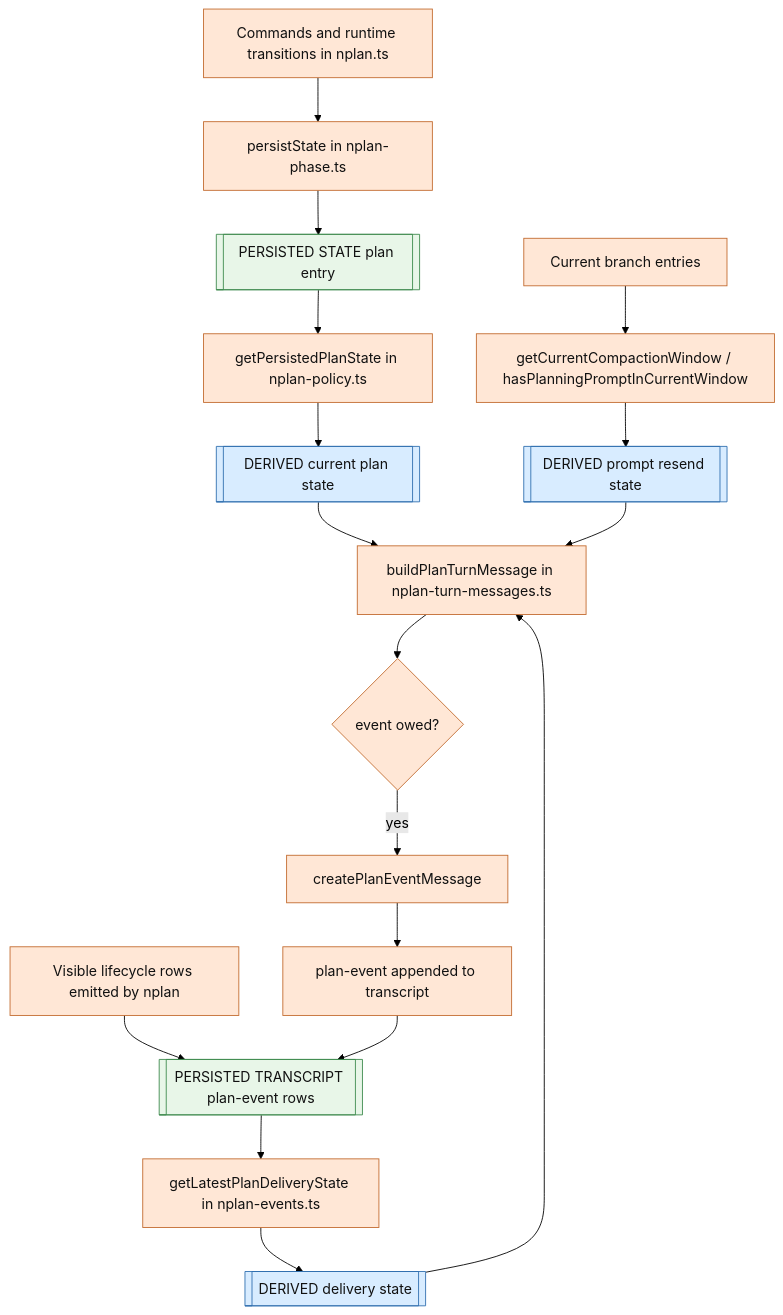
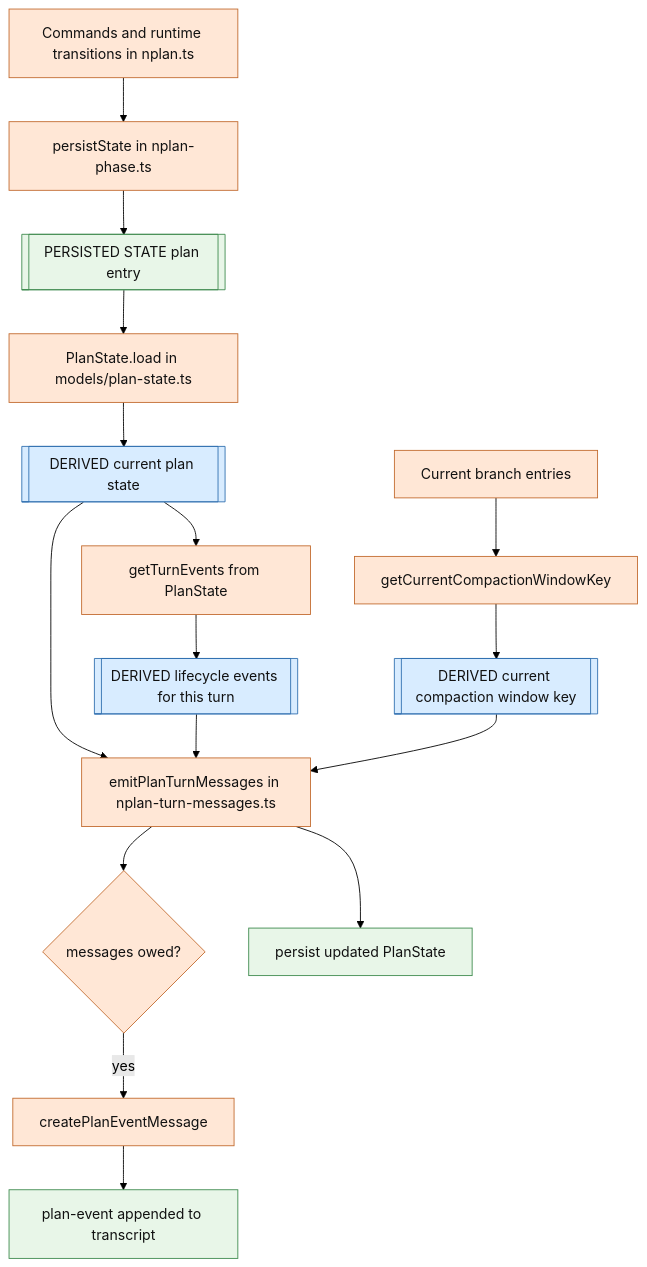
One commit to pyronaur/nplan changed the first of 3 diagrams in docs/mermaid-plan-state-information-architecture.md. Above: the diagram before and after it, drawn with Mermaid (forest theme). The commit also changed other lines of this file and 2 other files, not shown here.

First line of the commit message:
Align docs with canonical plan-state model ownership

````diff
--- a/docs/mermaid-plan-state-information-architecture.md
+++ b/docs/mermaid-plan-state-information-architecture.md
@@ -148,30 +149,29 @@
 ```mermaid
 flowchart TD
     A[Commands and runtime transitions in nplan.ts] --> B[persistState in nplan-phase.ts]
     B --> C[[PERSISTED STATE plan entry]]
-    C --> D[getPersistedPlanState in nplan-policy.ts]
+    C --> D[PlanState.load in models/plan-state.ts]
     D --> E[[DERIVED current plan state]]
 
-    F[Visible lifecycle rows emitted by nplan] --> G[[PERSISTED TRANSCRIPT plan-event rows]]
-    G --> H[getLatestPlanDeliveryState in nplan-events.ts]
-    H --> I[[DERIVED delivery state]]
+    E --> F[getTurnEvents from PlanState]
+    F --> G[[DERIVED lifecycle events for this turn]]
 
-    J[Current branch entries] --> K[getCurrentCompactionWindow / hasPlanningPromptInCurrentWindow]
-    K --> L[[DERIVED prompt resend state]]
+    H[Current branch entries] --> I[getCurrentCompactionWindowKey]
+    I --> J[[DERIVED current compaction window key]]
 
-    E --> M[buildPlanTurnMessage in nplan-turn-messages.ts]
-    I --> M
-    L --> M
+    E --> K[emitPlanTurnMessages in nplan-turn-messages.ts]
+    G --> K
+    J --> K
 
-    M --> N{event owed?}
-    N -->|yes| O[createPlanEventMessage]
-    O --> P[plan-event appended to transcript]
-    P --> G
+    K --> L{messages owed?}
+    L -->|yes| M[createPlanEventMessage]
+    M --> N[plan-event appended to transcript]
+    K --> O[persist updated PlanState]
 
     classDef persisted fill:#e8f6e8,stroke:#3d8a4d,color:#111;
     classDef derived fill:#d8ecff,stroke:#2f6fb0,color:#111;
     classDef logic fill:#ffe7d6,stroke:#c26a2e,color:#111;
-    class C,G persisted;
-    class E,I,L derived;
-    class A,B,D,F,H,J,K,M,N,O,P logic;
+    class C,N,O persisted;
+    class E,G,J derived;
+    class A,B,D,F,H,I,K,L,M logic;
 ```
````
